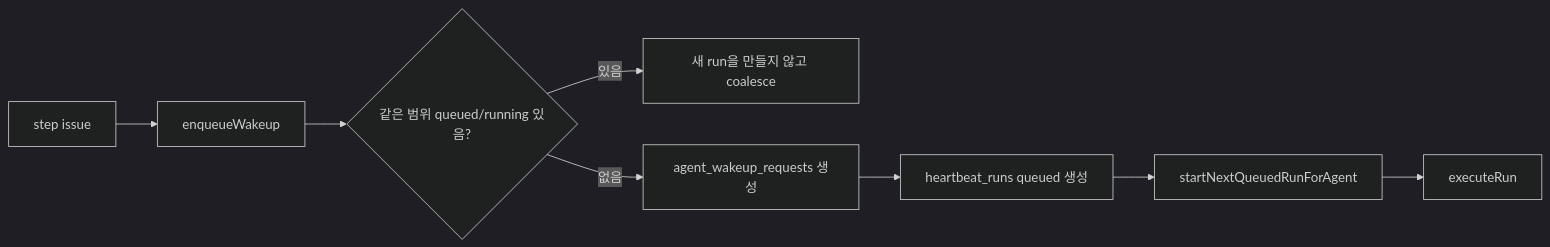
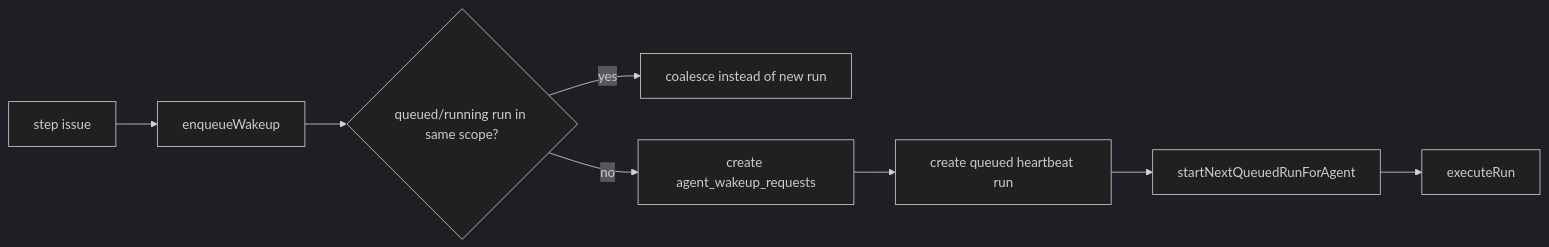
Before and after one commit to insightflo/papercompany-runtime: the fifth of 17 diagrams in docs/guides/agent-developer/mission-workflow-runtime.md, drawn with Mermaid (dark theme). The commit also changed other lines of this file and 173 other files, not shown here.

````diff
--- a/docs/guides/agent-developer/mission-workflow-runtime.md
+++ b/docs/guides/agent-developer/mission-workflow-runtime.md
@@ -152,10 +126,10 @@
 ```mermaid
 flowchart LR
   Issue["step issue"] --> Wake["enqueueWakeup"]
-  Wake --> Coalesce{"같은 범위 queued/running 있음?"}
-  Coalesce -- 있음 --> Reuse["새 run을 만들지 않고 coalesce"]
-  Coalesce -- 없음 --> Request["agent_wakeup_requests 생성"]
-  Request --> Run["heartbeat_runs queued 생성"]
+  Wake --> Coalesce{"queued/running run in same scope?"}
+  Coalesce -- yes --> Reuse["coalesce instead of new run"]
+  Coalesce -- no --> Request["create agent_wakeup_requests"]
+  Request --> Run["create queued heartbeat run"]
   Run --> Start["startNextQueuedRunForAgent"]
   Start --> Execute["executeRun"]
 ```
````
